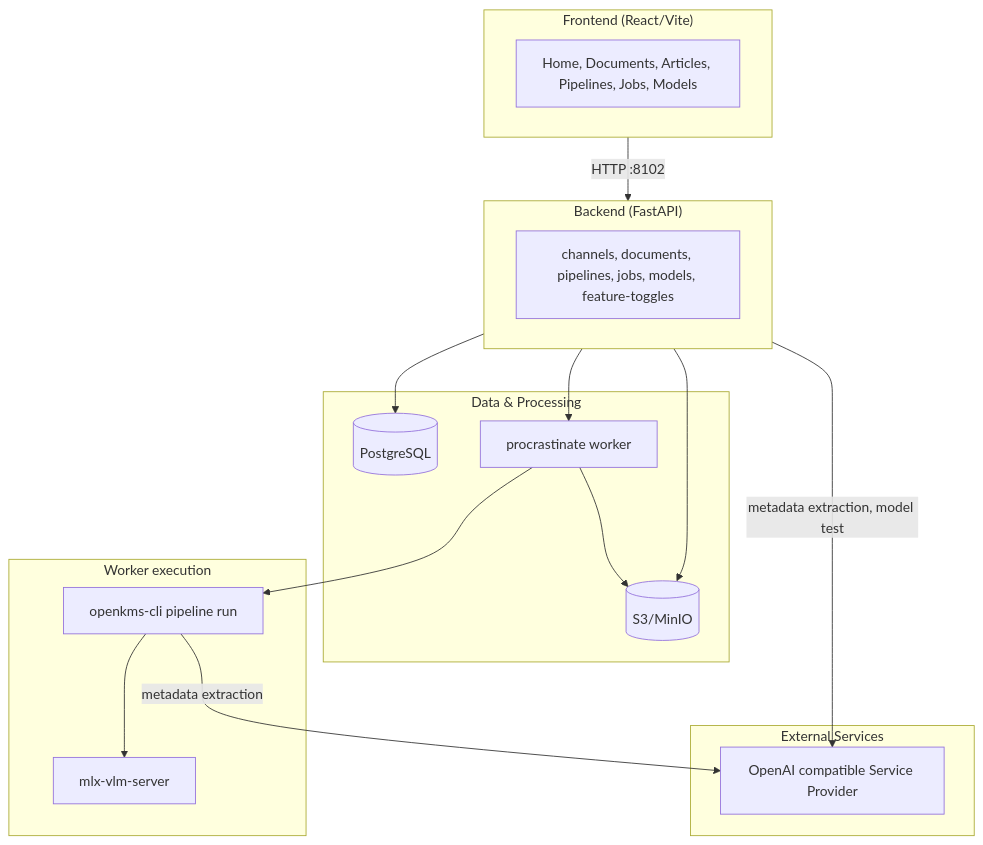
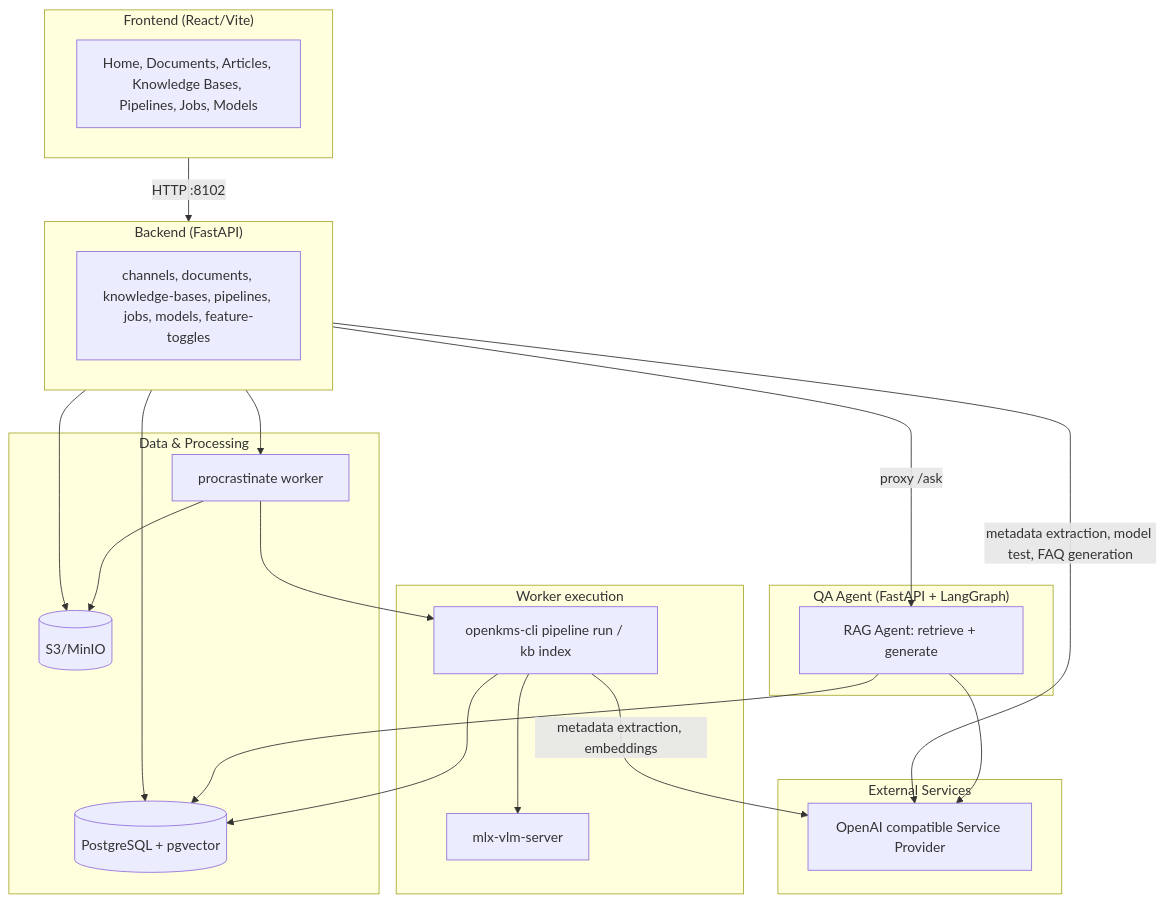
Before and after one commit to yingrui/openKMS: the first of 5 diagrams in docs/architecture.md, drawn with Mermaid. The commit also changed other lines of this file and 33 other files, not shown here.

First line of the commit message:
feat: knowledge base management with RAG Q&A support

````diff
--- a/docs/architecture.md
+++ b/docs/architecture.md
@@ -5,35 +5,43 @@
 ```mermaid
 flowchart TB
   subgraph Frontend["Frontend (React/Vite)"]
-    FE["Home, Documents, Articles, Pipelines, Jobs, Models"]
+    FE["Home, Documents, Articles, Knowledge Bases, Pipelines, Jobs, Models"]
   end
 
   subgraph Backend["Backend (FastAPI)"]
-    API["channels, documents, pipelines, jobs, models, feature-toggles"]
+    API["channels, documents, knowledge-bases, pipelines, jobs, models, feature-toggles"]
   end
 
   subgraph Storage["Data & Processing"]
-    PG[(PostgreSQL)]
+    PG[("PostgreSQL + pgvector")]
     S3[(S3/MinIO)]
     Worker["procrastinate worker"]
   end
 
   subgraph WorkerDetail["Worker execution"]
-    CLI["openkms-cli pipeline run"]
+    CLI["openkms-cli pipeline run / kb index"]
     VLM["mlx-vlm-server"]
+  end
+
+  subgraph QAAgent["QA Agent (FastAPI + LangGraph)"]
+    Agent["RAG Agent: retrieve + generate"]
   end
 
   subgraph External["External Services"]
     LLM["OpenAI compatible Service Provider"]
   end
 
   Frontend -->|HTTP :8102| Backend
   Backend --> PG
   Backend --> S3
   Backend --> Worker
-  Backend -->|metadata extraction, model test| LLM
+  Backend -->|metadata extraction, model test, FAQ generation| LLM
+  Backend -->|proxy /ask| Agent
+  Agent --> PG
+  Agent --> LLM
   Worker --> S3
   Worker --> CLI
   CLI --> VLM
-  CLI -->|metadata extraction| LLM
+  CLI -->|metadata extraction, embeddings| LLM
+  CLI --> PG
 ```
````
